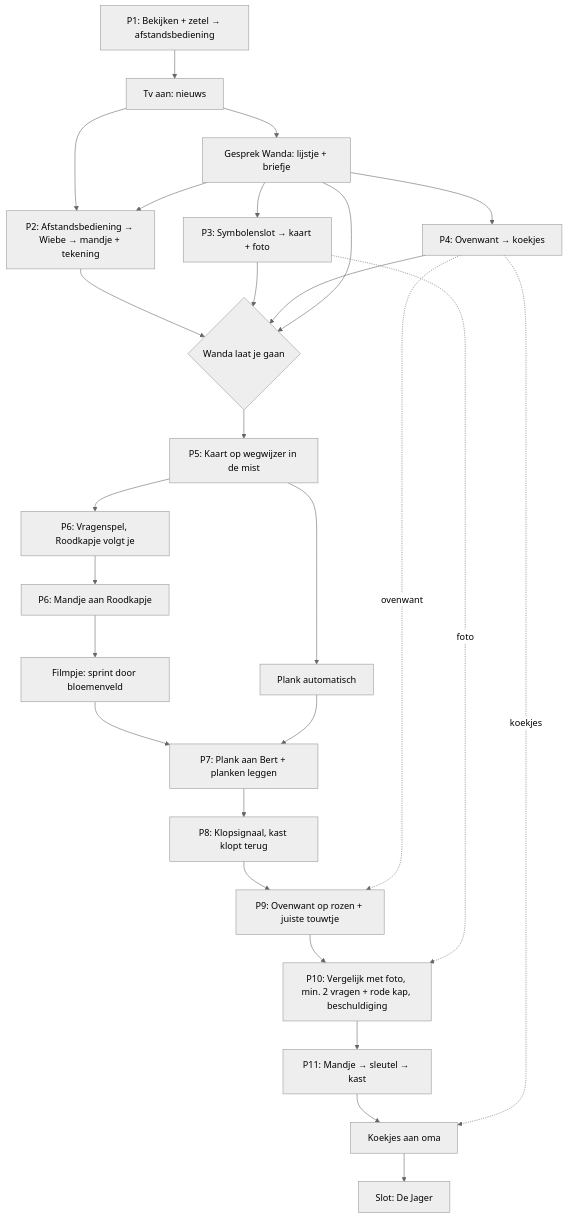
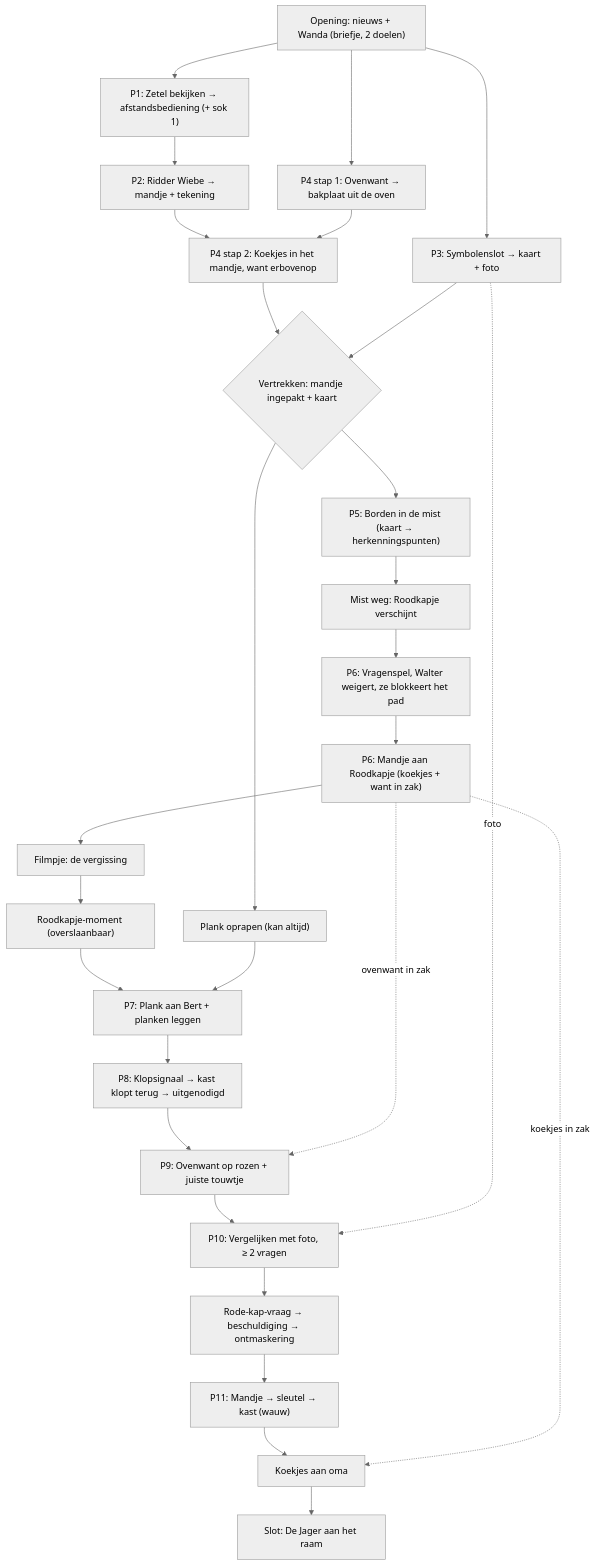
Before and after one commit to slimmii/fairly-odd-stories: the diagram in README.md, drawn with Mermaid (neutral theme). The commit also changed other lines of this file and 5 other files, not shown here.

````diff
--- a/README.md
+++ b/README.md
@@ -356,29 +431,30 @@
 ```mermaid
 flowchart TD
-    P1["P1: Bekijken + zetel → afstandsbediening"] --> NEWS["Tv aan: nieuws"]
-    NEWS --> WANDA["Gesprek Wanda: lijstje + briefje"]
-    NEWS --> P2["P2: Afstandsbediening → Wiebe → mandje + tekening"]
-    WANDA --> P2
-    WANDA --> P3["P3: Symbolenslot → kaart + foto"]
-    WANDA --> P4["P4: Ovenwant → koekjes"]
-    P2 --> LEAVE{"Wanda laat je gaan"}
+    INTRO["Opening: nieuws + Wanda (briefje, 2 doelen)"] --> P1["P1: Zetel bekijken → afstandsbediening (+ sok 1)"]
+    INTRO --> P3["P3: Symbolenslot → kaart + foto"]
+    INTRO --> P4a["P4 stap 1: Ovenwant → bakplaat uit de oven"]
+    P1 --> P2["P2: Ridder Wiebe → mandje + tekening"]
+    P2 --> P4b["P4 stap 2: Koekjes in het mandje, want erbovenop"]
+    P4a --> P4b
+    P4b --> LEAVE{"Vertrekken: mandje ingepakt + kaart"}
     P3 --> LEAVE
-    P4 --> LEAVE
-    WANDA --> LEAVE
-    LEAVE --> P5["P5: Kaart op wegwijzer in de mist"]
-    P5 --> PLANK["Plank automatisch"]
-    P5 --> P6a["P6: Vragenspel, Roodkapje volgt je"]
-    P6a --> P6b["P6: Mandje aan Roodkapje"]
-    P6b --> RACE["Filmpje: sprint door bloemenveld"]
-    RACE --> P7["P7: Plank aan Bert + planken leggen"]
+    LEAVE --> P5["P5: Borden in de mist (kaart → herkenningspunten)"]
+    LEAVE --> PLANK["Plank oprapen (kan altijd)"]
+    P5 --> MIST["Mist weg: Roodkapje verschijnt"]
+    MIST --> P6a["P6: Vragenspel, Walter weigert, ze blokkeert het pad"]
+    P6a --> P6b["P6: Mandje aan Roodkapje (koekjes + want in zak)"]
+    P6b --> FILM["Filmpje: de vergissing"]
+    FILM --> RKM["Roodkapje-moment (overslaanbaar)"]
+    RKM --> P7["P7: Plank aan Bert + planken leggen"]
     PLANK --> P7
-    P7 --> P8["P8: Klopsignaal, kast klopt terug"]
+    P7 --> P8["P8: Klopsignaal → kast klopt terug → uitgenodigd"]
     P8 --> P9["P9: Ovenwant op rozen + juiste touwtje"]
-    P4 -. ovenwant .-> P9
-    P9 --> P10["P10: Vergelijk met foto, min. 2 vragen + rode kap, beschuldiging"]
-    P3 -. foto .-> P10
-    P10 --> P11a["P11: Mandje → sleutel → kast"]
+    P6b -. ovenwant in zak .-> P9
+    P9 --> P10a["P10: Vergelijken met foto, ≥ 2 vragen"]
+    P3 -. foto .-> P10a
+    P10a --> P10b["Rode-kap-vraag → beschuldiging → ontmaskering"]
+    P10b --> P11a["P11: Mandje → sleutel → kast (wauw)"]
     P11a --> P11b["Koekjes aan oma"]
-    P4 -. koekjes .-> P11b
-    P11b --> END["Slot: De Jager"]
+    P6b -. koekjes in zak .-> P11b
+    P11b --> END["Slot: De Jager aan het raam"]
 ```
````
